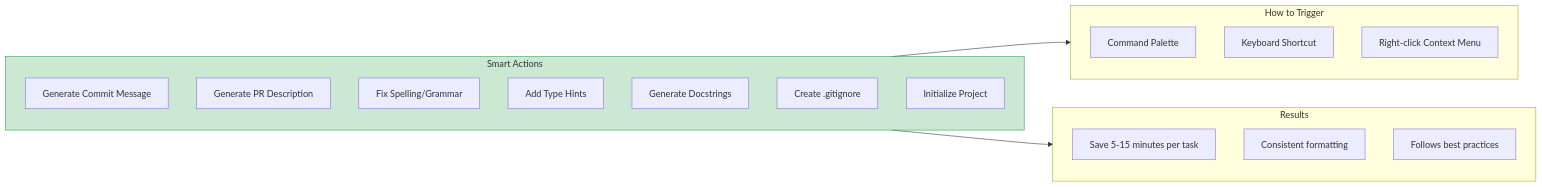
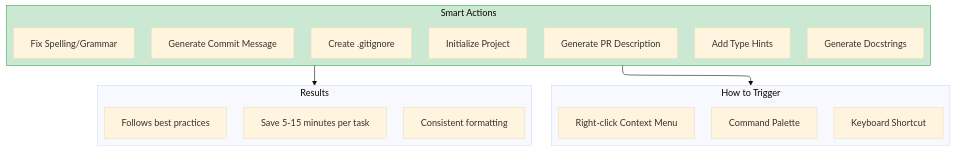
One commit to Vineet-Sharma-Medium-Stories/Medium-Build-Tool changed diagram 13 of 31 in GitHub/GitHub Copilot in the IDE: Your AI Pair Programmer, Always by Your Side.md. Above: the diagram before and after it, drawn with Mermaid. The commit also changed other lines of this file and 27 other files, not shown here.

````diff
--- a/GitHub/GitHub Copilot in the IDE: Your AI Pair Programmer, Always by Your Side.md
+++ b/GitHub/GitHub Copilot in the IDE: Your AI Pair Programmer, Always by Your Side.md
@@ -779,29 +789,30 @@
 ```mermaid
-flowchart LR
-    subgraph Actions["Smart Actions"]
-        Commit[Generate Commit Message]
-        PR[Generate PR Description]
-        Spell[Fix Spelling/Grammar]
-        Types[Add Type Hints]
-        Doc[Generate Docstrings]
-        Gitignore[Create .gitignore]
-        Init[Initialize Project]
-    end
-    
-    subgraph Trigger["How to Trigger"]
-        Command[Command Palette]
-        Shortcut[Keyboard Shortcut]
-        RightClick[Right-click Context Menu]
-    end
-    
-    subgraph Result["Results"]
-        Time[Save 5-15 minutes per task]
-        Consistent[Consistent formatting]
-        Best[Follows best practices]
-    end
-    
-    Actions --> Trigger
-    Actions --> Result
-    
+---
+config:
+  theme: base
+  layout: elk
+---
+flowchart TB
+ subgraph Actions["Smart Actions"]
+        Commit["Generate Commit Message"]
+        PR["Generate PR Description"]
+        Spell["Fix Spelling/Grammar"]
+        Types["Add Type Hints"]
+        Doc["Generate Docstrings"]
+        Gitignore["Create .gitignore"]
+        Init["Initialize Project"]
+  end
+ subgraph Trigger["How to Trigger"]
+        Command["Command Palette"]
+        Shortcut["Keyboard Shortcut"]
+        RightClick["Right-click Context Menu"]
+  end
+ subgraph Result["Results"]
+        Time["Save 5-15 minutes per task"]
+        Consistent["Consistent formatting"]
+        Best["Follows best practices"]
+  end
+    Actions --> Trigger & Result
+
     style Actions fill:#2da44e40,stroke:#2da44e,stroke-width:1px
 ```
````
